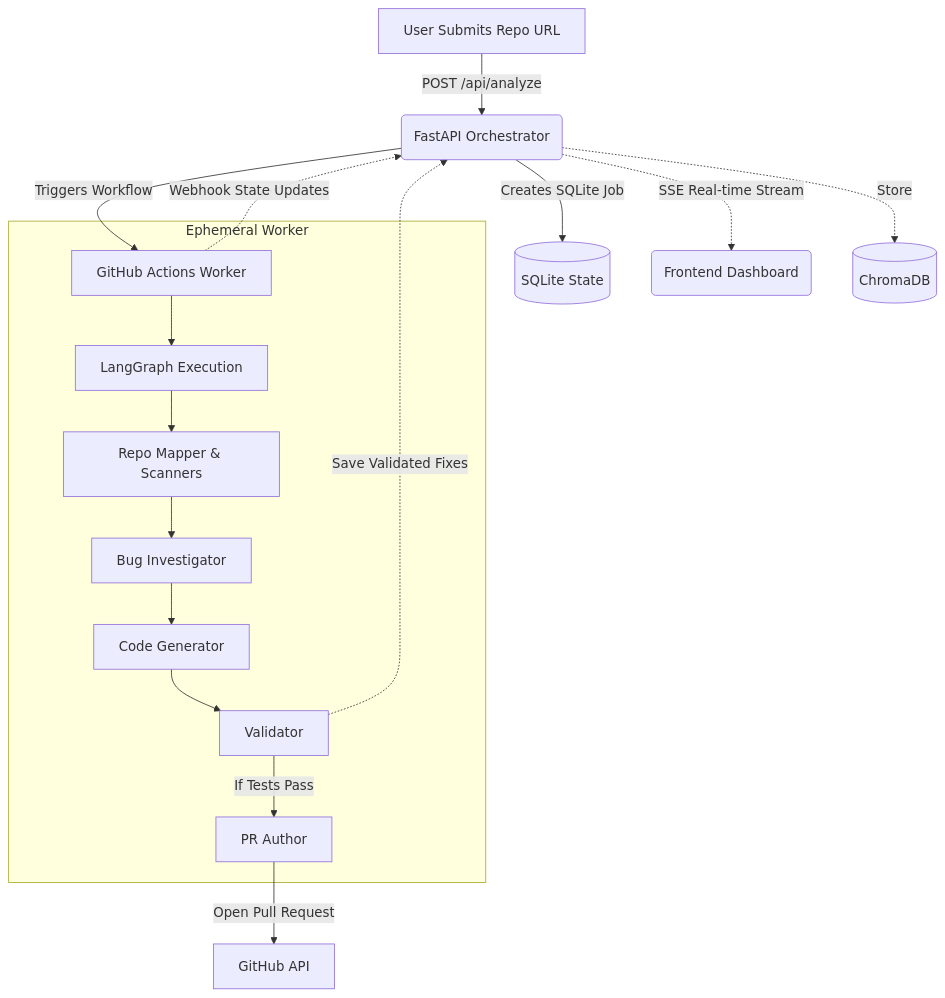
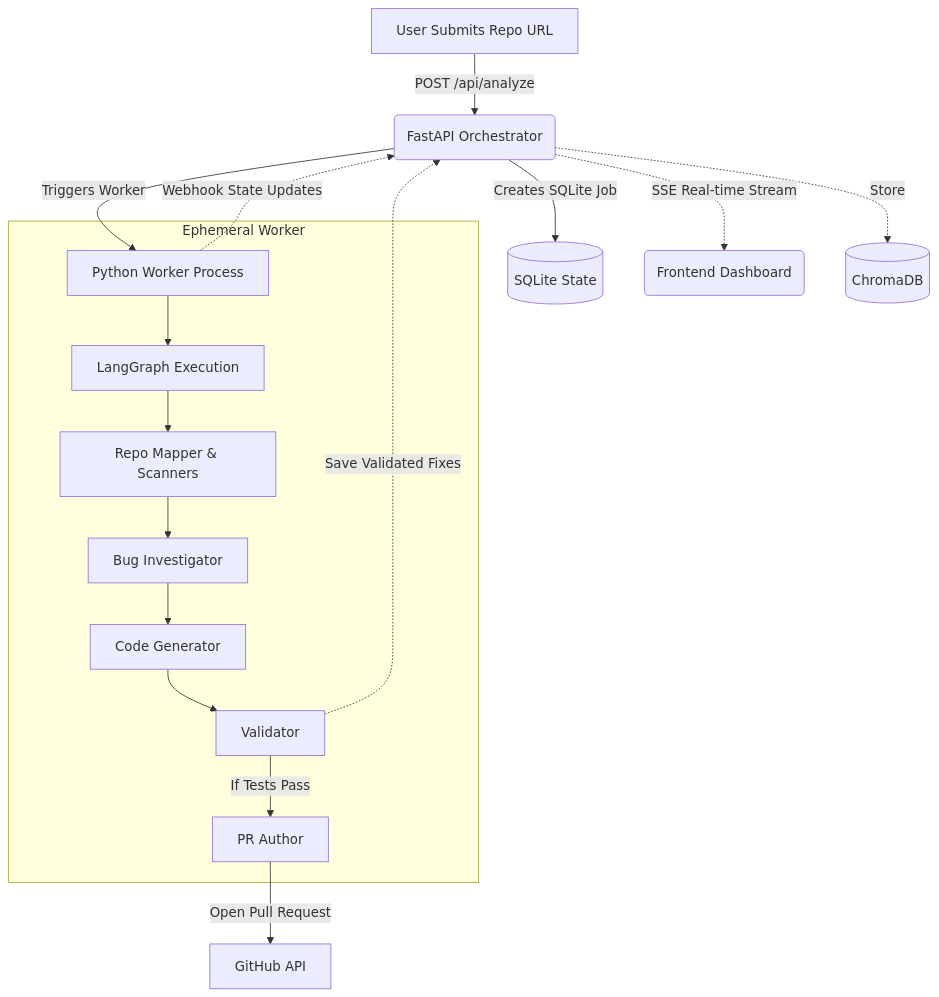
The diagram in README.md (udarshcodes/codesentinel), drawn with Mermaid before and after one commit. The commit also changed other lines of this file and 9 other files, not shown here.

````diff
--- a/README.md
+++ b/README.md
@@ -79,23 +79,23 @@
 ```mermaid
 graph TD
     A[User Submits Repo URL] -->|POST /api/analyze| B(FastAPI Orchestrator)
     B -->|Creates SQLite Job| C[(SQLite State)]
-    B -->|Triggers Workflow| D[GitHub Actions Worker]
+    B -->|Triggers Worker| D[Python Worker Process]
     
     subgraph Ephemeral Worker
     D --> E[LangGraph Execution]
     E --> F[Repo Mapper & Scanners]
     F --> G[Bug Investigator]
     G --> H[Code Generator]
     H --> I[Validator]
     I -->|If Tests Pass| J[PR Author]
     end
     
     J -->|Open Pull Request| K[GitHub API]
     
     D -.->|Webhook State Updates| B
     B -.->|SSE Real-time Stream| L(Frontend Dashboard)
     
     I -.->|Save Validated Fixes| B
     B -.->|Store| M[(ChromaDB)]
 ```
````
